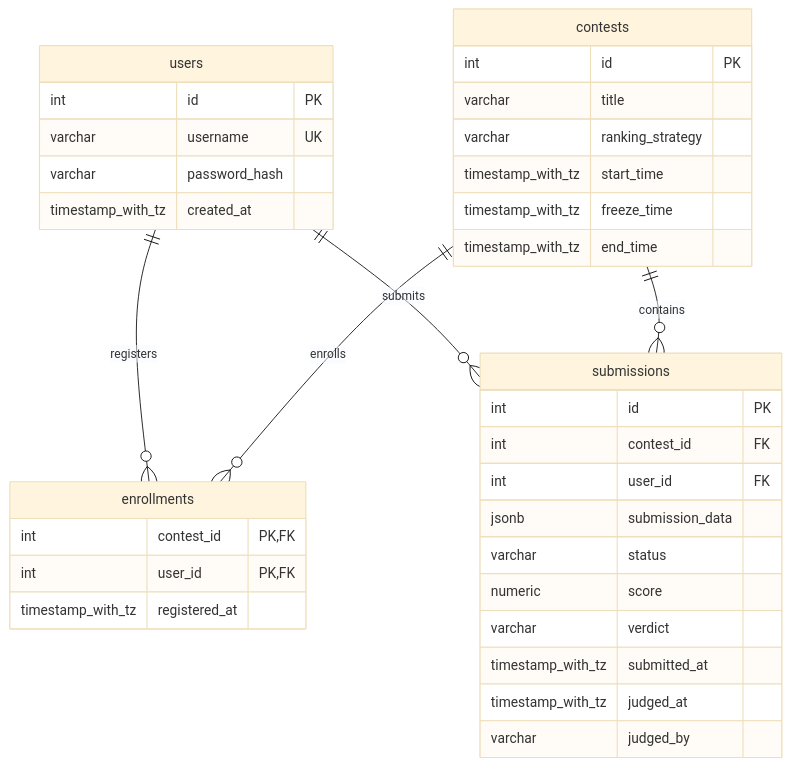
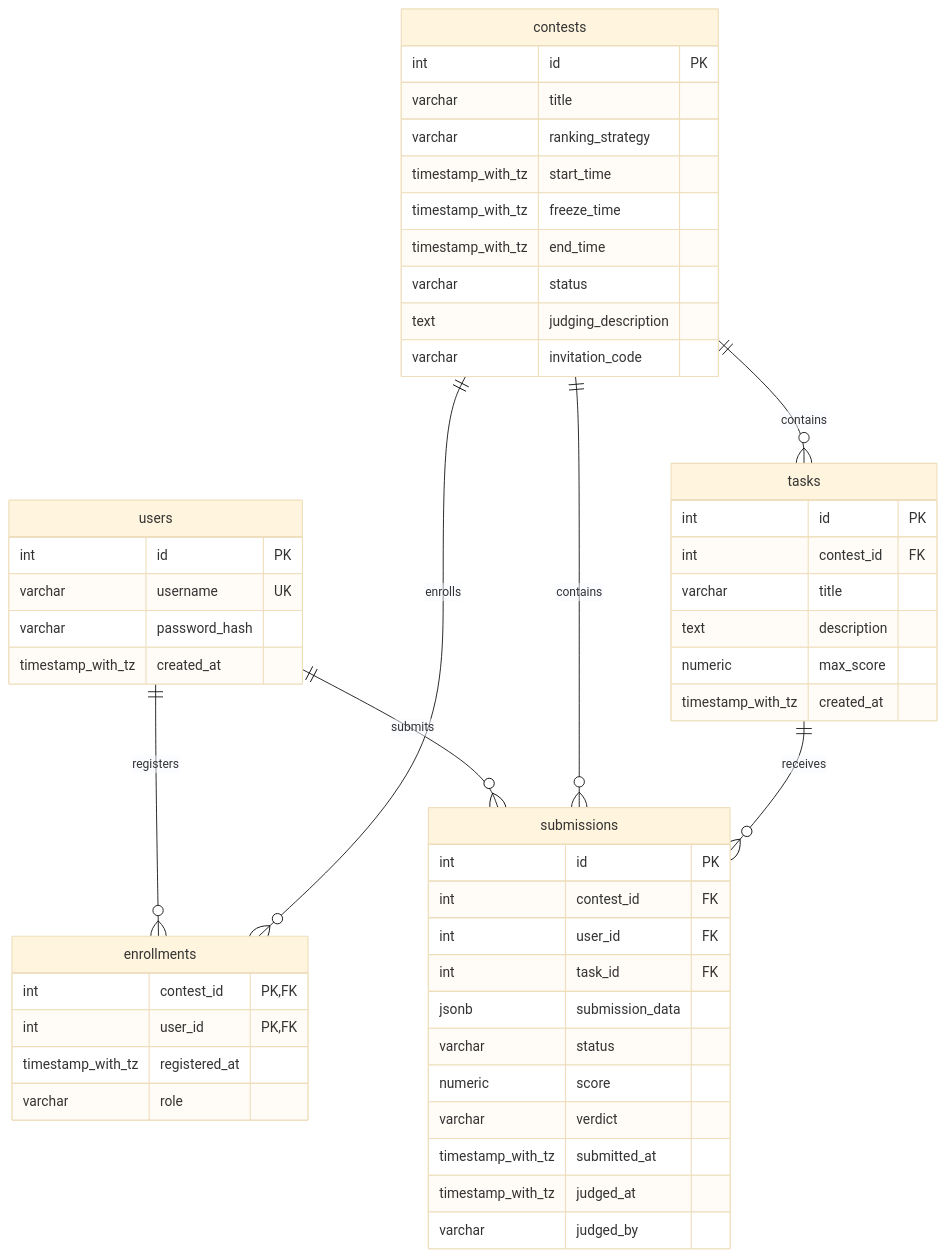
The second of 2 diagrams in docs/architecture_and_erd.md (safwansatil/contestDb), drawn with Mermaid (base theme) before and after one commit. The commit also changed other lines of this file and 8 other files, not shown here.

Commit message:
feat(db): implement contest management, tasks CRUD, invitation codes, and roles (#11)

````diff
--- a/docs/architecture_and_erd.md
+++ b/docs/architecture_and_erd.md
@@ -39,42 +39,58 @@
 ```mermaid
 erDiagram
     users {
         int id PK
         varchar username UK
         varchar password_hash
         timestamp_with_tz created_at
     }
 
     contests {
         int id PK
         varchar title
         varchar ranking_strategy
         timestamp_with_tz start_time
         timestamp_with_tz freeze_time
         timestamp_with_tz end_time
+        varchar status
+        text judging_description
+        varchar invitation_code
     }
 
     enrollments {
         int contest_id PK,FK
         int user_id PK,FK
         timestamp_with_tz registered_at
+        varchar role
+    }
+
+    tasks {
+        int id PK
+        int contest_id FK
+        varchar title
+        text description
+        numeric max_score
+        timestamp_with_tz created_at
     }
 
     submissions {
         int id PK
         int contest_id FK
         int user_id FK
+        int task_id FK
         jsonb submission_data
         varchar status
         numeric score
         varchar verdict
         timestamp_with_tz submitted_at
         timestamp_with_tz judged_at
         varchar judged_by
     }
 
     users ||--o{ enrollments : "registers"
     contests ||--o{ enrollments : "enrolls"
     users ||--o{ submissions : "submits"
     contests ||--o{ submissions : "contains"
+    contests ||--o{ tasks : "contains"
+    tasks ||--o{ submissions : "receives"
 ```
````
